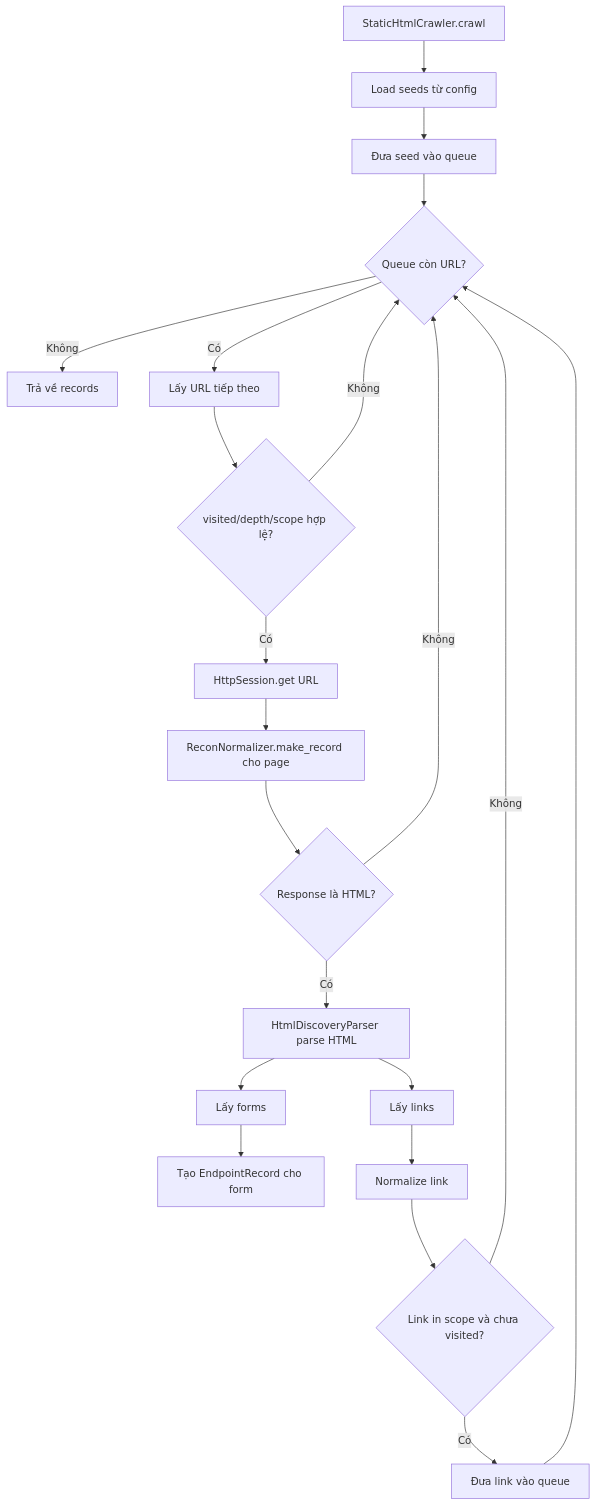
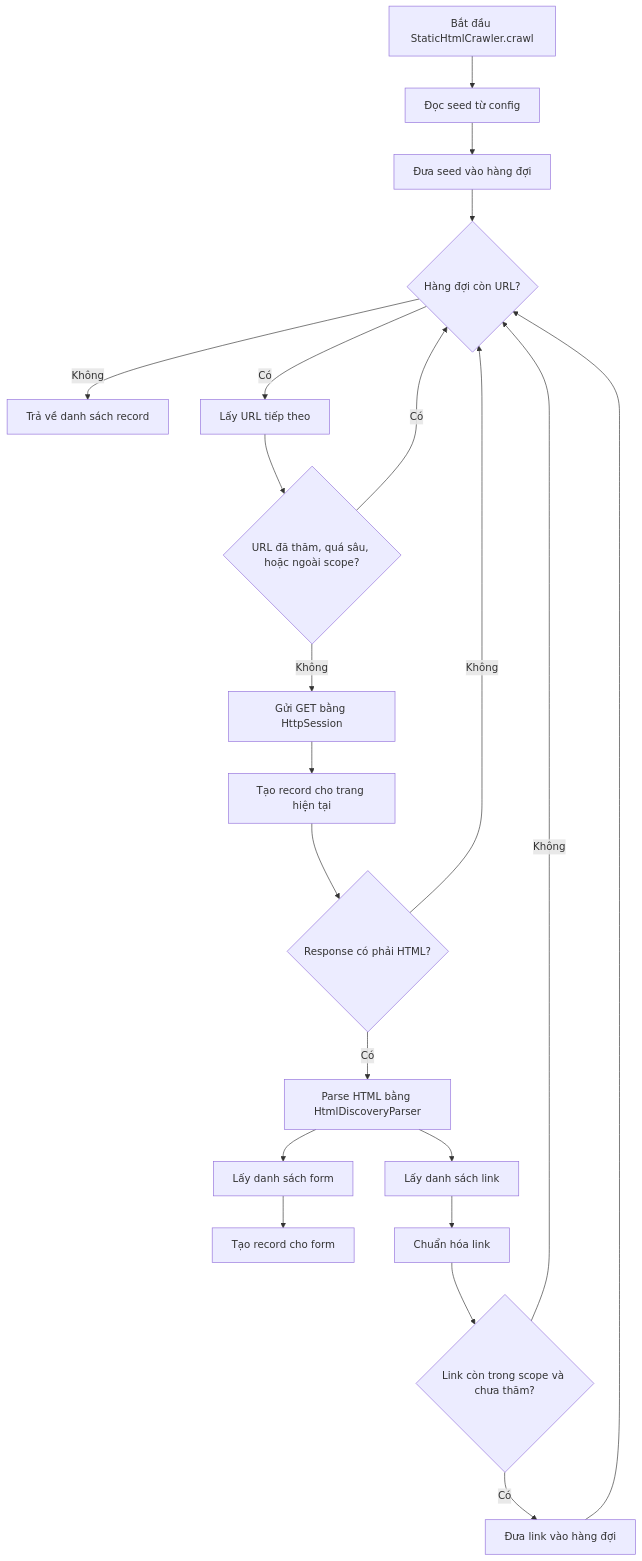
The third of 11 diagrams in RECON_FLOW.md (penguino7/toolkiemthu), drawn with Mermaid before and after one commit. The commit also changed other lines of this file, not shown here.

Commit message:
Update lại file recon

````diff
--- a/RECON_FLOW.md
+++ b/RECON_FLOW.md
@@ -54,27 +66,27 @@
 ```mermaid
 flowchart TD
-    A[StaticHtmlCrawler.crawl] --> B[Load seeds từ config]
-    B --> C[Đưa seed vào queue]
-    C --> D{Queue còn URL?}
-    D -->|Không| Z[Trả về records]
+    A[Bắt đầu StaticHtmlCrawler.crawl] --> B[Đọc seed từ config]
+    B --> C[Đưa seed vào hàng đợi]
+    C --> D{Hàng đợi còn URL?}
+    D -->|Không| Z[Trả về danh sách record]
     D -->|Có| E[Lấy URL tiếp theo]
 
-    E --> F{visited/depth/scope hợp lệ?}
-    F -->|Không| D
-    F -->|Có| G[HttpSession.get URL]
+    E --> F{URL đã thăm, quá sâu, hoặc ngoài scope?}
+    F -->|Có| D
+    F -->|Không| G[Gửi GET bằng HttpSession]
 
-    G --> H[ReconNormalizer.make_record cho page]
-    H --> I{Response là HTML?}
+    G --> H[Tạo record cho trang hiện tại]
+    H --> I{Response có phải HTML?}
 
     I -->|Không| D
-    I -->|Có| J[HtmlDiscoveryParser parse HTML]
-    J --> K[Lấy forms]
-    J --> L[Lấy links]
+    I -->|Có| J[Parse HTML bằng HtmlDiscoveryParser]
+    J --> K[Lấy danh sách form]
+    J --> L[Lấy danh sách link]
 
-    K --> M[Tạo EndpointRecord cho form]
-    L --> N[Normalize link]
-    N --> O{Link in scope và chưa visited?}
-    O -->|Có| P[Đưa link vào queue]
+    K --> M[Tạo record cho form]
+    L --> N[Chuẩn hóa link]
+    N --> O{Link còn trong scope và chưa thăm?}
+    O -->|Có| P[Đưa link vào hàng đợi]
     O -->|Không| D
     P --> D
 ```
````
